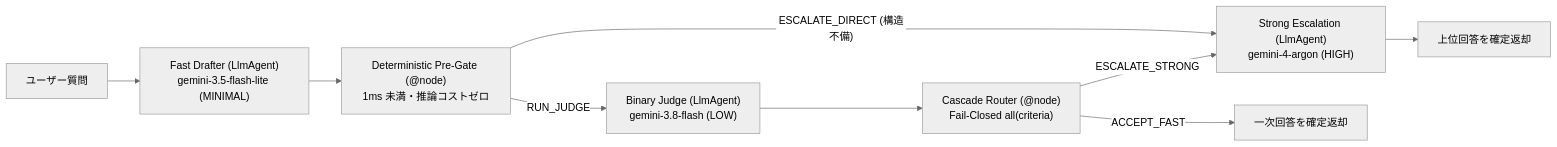
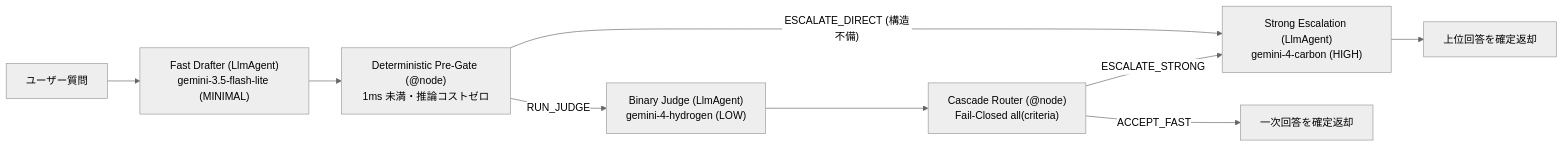
One commit to tyorikan/agent-design-patterns changed the diagram in production_patterns/prod04_model_cascade/README.md. Above: the diagram before and after it, drawn with Mermaid (neutral theme). The commit also changed other lines of this file and 47 other files, not shown here.

Commit message:
feat(models): migrate default and frontier models to gemini-4-hydrogen and gemini-4-carbon

````diff
--- a/production_patterns/prod04_model_cascade/README.md
+++ b/production_patterns/prod04_model_cascade/README.md
@@ -13,10 +13,10 @@
 ```mermaid
 flowchart LR
     Q["ユーザー質問"] --> Fast["Fast Drafter (LlmAgent)<br/>gemini-3.5-flash-lite (MINIMAL)"]
     Fast --> Pre["Deterministic Pre-Gate (@node)<br/>1ms 未満・推論コストゼロ"]
-    Pre -->|"ESCALATE_DIRECT (構造不備)"| Strong["Strong Escalation (LlmAgent)<br/>gemini-4-argon (HIGH)"]
-    Pre -->|"RUN_JUDGE"| Judge["Binary Judge (LlmAgent)<br/>gemini-3.8-flash (LOW)"]
+    Pre -->|"ESCALATE_DIRECT (構造不備)"| Strong["Strong Escalation (LlmAgent)<br/>gemini-4-carbon (HIGH)"]
+    Pre -->|"RUN_JUDGE"| Judge["Binary Judge (LlmAgent)<br/>gemini-4-hydrogen (LOW)"]
     Judge --> Router["Cascade Router (@node)<br/>Fail-Closed all(criteria)"]
     Router -->|"ACCEPT_FAST"| OutFast["一次回答を確定返却"]
     Router -->|"ESCALATE_STRONG"| Strong --> OutStrong["上位回答を確定返却"]
 ```
````
